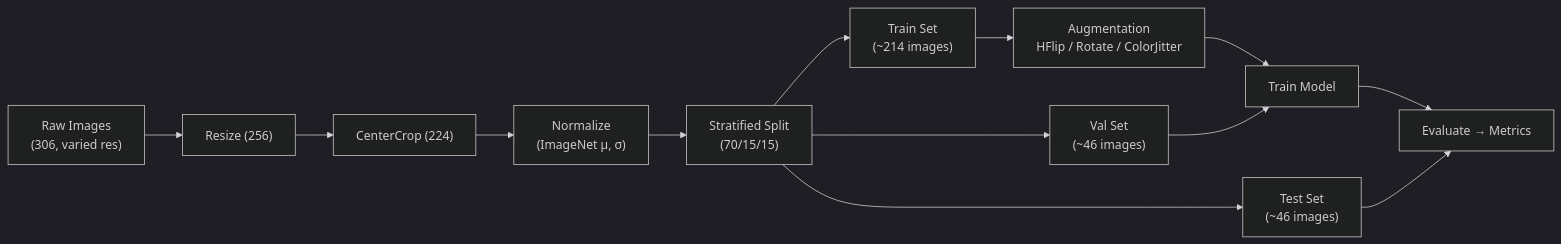
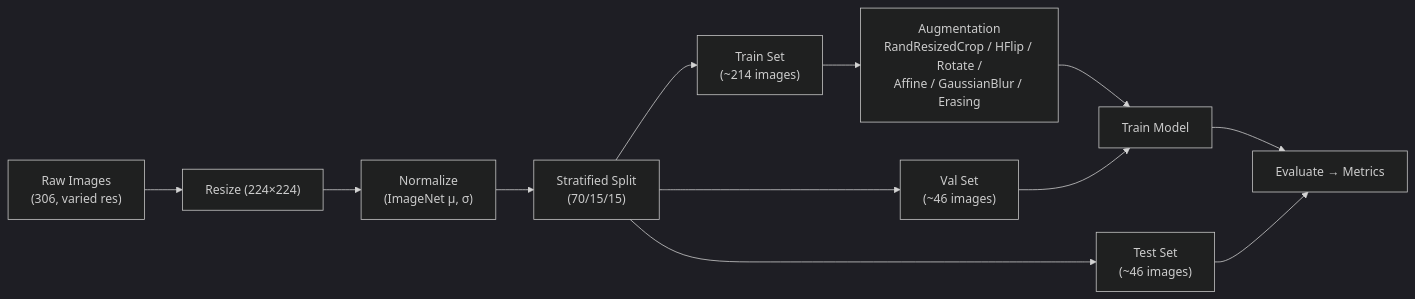
Before and after one commit to Arvind-Parsapuram/Surface-Crack-Detection: the second of 2 diagrams in README.md, drawn with Mermaid (dark theme). The commit also changed other lines of this file and 4 other files, not shown here.

````diff
--- a/README.md
+++ b/README.md
@@ -68,15 +63,14 @@
 ```mermaid
 flowchart LR
-    A["Raw Images<br/>(306, varied res)"] --> B["Resize (256)"]
-    B --> C["CenterCrop (224)"]
-    C --> D["Normalize<br/>(ImageNet μ, σ)"]
-    D --> E["Stratified Split<br/>(70/15/15)"]
-    E --> F["Train Set<br/>(~214 images)"]
-    E --> G["Val Set<br/>(~46 images)"]
-    E --> H["Test Set<br/>(~46 images)"]
-    F --> I["Augmentation<br/>HFlip / Rotate / ColorJitter"]
-    I --> J["Train Model"]
+    A["Raw Images<br/>(306, varied res)"] --> B["Resize (224×224)"]
+    B --> C["Normalize<br/>(ImageNet μ, σ)"]
+    C --> D["Stratified Split<br/>(70/15/15)"]
+    D --> E["Train Set<br/>(~214 images)"]
+    D --> F["Val Set<br/>(~46 images)"]
+    D --> G["Test Set<br/>(~46 images)"]
+    E --> H["Augmentation<br/>RandResizedCrop / HFlip / Rotate /<br/>Affine / GaussianBlur / Erasing"]
+    H --> I["Train Model"]
+    F --> I
+    I --> J["Evaluate → Metrics"]
     G --> J
-    J --> K["Evaluate → Metrics"]
-    H --> K
 ```
````
